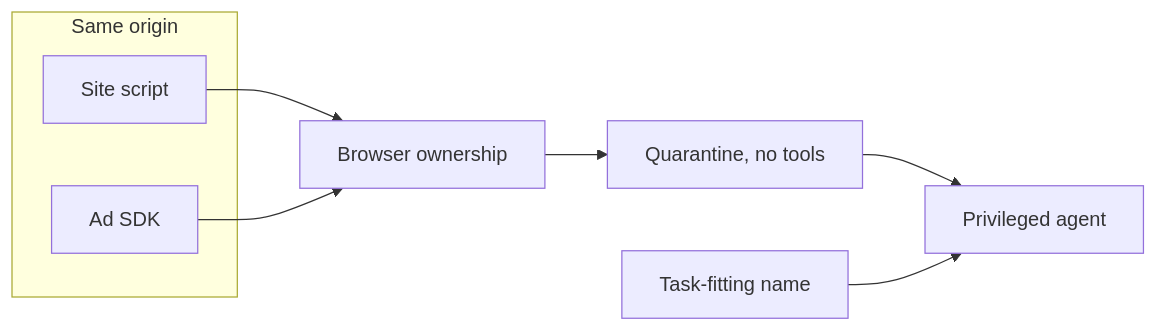
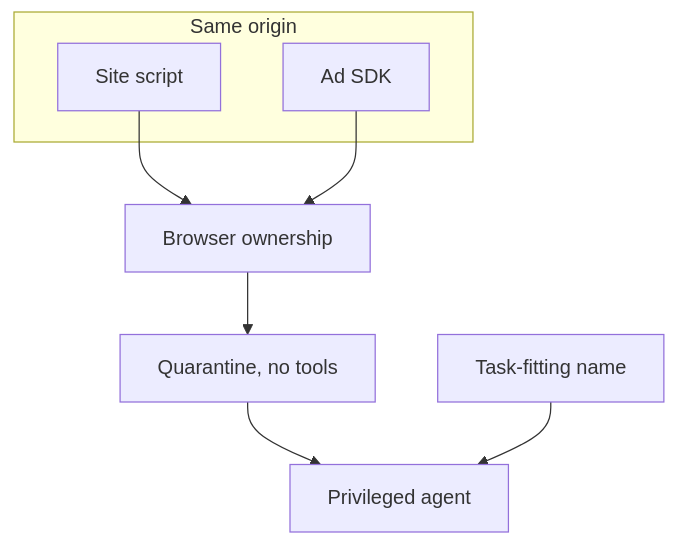
One commit to amoranio/Brief changed the diagram in src/content/posts/same-origin-is-not-a-tool-ownership-boundary.md. Above: the diagram before and after it, drawn with Mermaid. The commit also changed 8 other files, not shown here.

First line of the commit message:
Stop diagram edges cutting through boxes (#11)

````diff
--- a/src/content/posts/same-origin-is-not-a-tool-ownership-boundary.md
+++ b/src/content/posts/same-origin-is-not-a-tool-ownership-boundary.md
@@ -23,13 +23,13 @@
 ```mermaid
 %% caption: Same origin, two registrants; the inspector has no tools; a task-fitting name can skip the inspect
-flowchart LR
+flowchart TD
   subgraph origin [Same origin]
     site[Site script]
     ad[Ad SDK]
   end
   site --> own[Browser ownership]
   ad --> own
   own --> q[Quarantine, no tools]
   q --> p[Privileged agent]
   name[Task-fitting name] --> p
 ```
````
